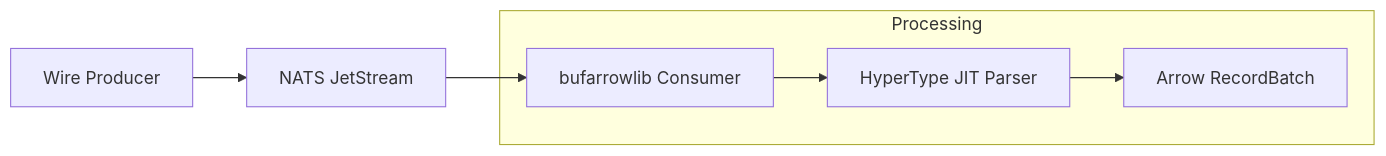
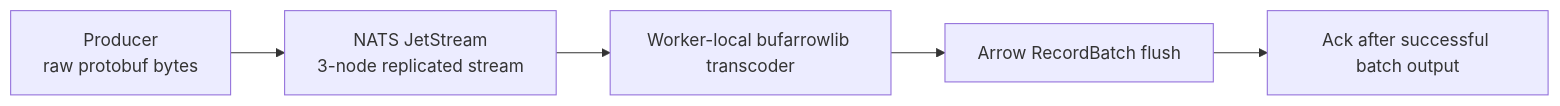
The first of 2 diagrams in article.md (TFMV/arrowflow), drawn with Mermaid before and after one commit. The commit also changed other lines of this file and 47 other files, not shown here.

````diff
--- a/article.md
+++ b/article.md
@@ -25,10 +48,7 @@
 ```mermaid
 flowchart LR
-    A[Wire Producer] --> B[NATS JetStream]
-    B --> C[bufarrowlib Consumer]
-
-    subgraph Processing
-        C --> E[HyperType JIT Parser]
-        E --> D[Arrow RecordBatch]
-    end
+    A["Producer<br/>raw protobuf bytes"] --> B["NATS JetStream<br/>3-node replicated stream"]
+    B --> C["Worker-local bufarrowlib transcoder"]
+    C --> D["Arrow RecordBatch flush"]
+    D --> E["Ack after successful batch output"]
 ```
````
